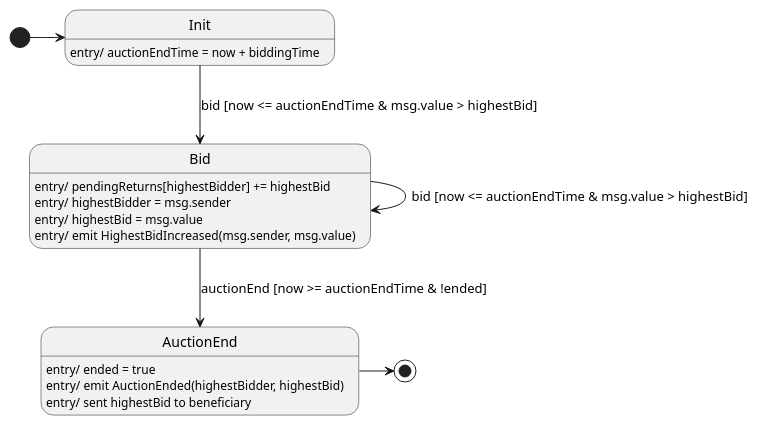
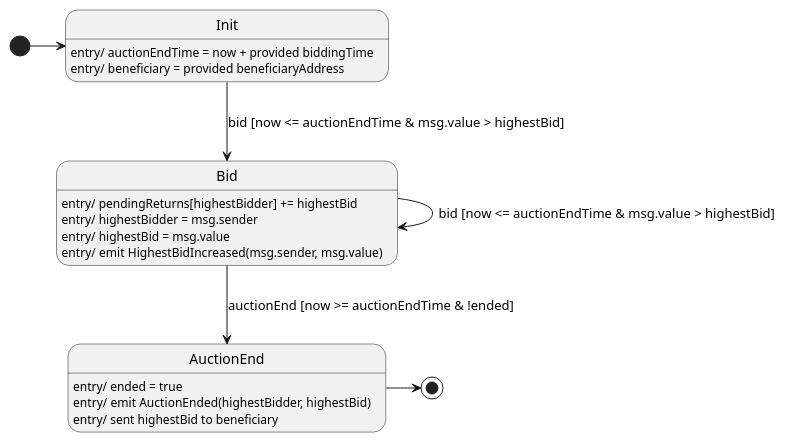
One commit to aski-73/solidity_lemma_code_generator changed the diagram in src/main/resources/plantuml/simple_open_auction/auction_alternative.plantuml. Above: the diagram before and after it, drawn with PlantUML. The commit also changed 63 other files, not shown here.

```diff
--- a/src/main/resources/plantuml/simple_open_auction/auction_alternative.plantuml
+++ b/src/main/resources/plantuml/simple_open_auction/auction_alternative.plantuml
@@ -1,20 +1,21 @@
 @startuml SimpleOpenAuction
 skinparam Monochrome true
 skinparam Shadowing false
 hide empty description
 
 [*] -> Init
-Init: entry/ auctionEndTime = now + biddingTime
+Init: entry/ auctionEndTime = now + provided biddingTime
+Init: entry/ beneficiary = provided beneficiaryAddress
 Init --> Bid: bid [now <= auctionEndTime & msg.value > highestBid]
 Bid -> Bid: bid [now <= auctionEndTime & msg.value > highestBid]
 Bid: entry/ pendingReturns[highestBidder] += highestBid
 Bid: entry/ highestBidder = msg.sender
 Bid: entry/ highestBid = msg.value
 Bid: entry/ emit HighestBidIncreased(msg.sender, msg.value)
 Bid --> AuctionEnd: auctionEnd [now >= auctionEndTime & !ended]
 AuctionEnd: entry/ ended = true
 AuctionEnd: entry/ emit AuctionEnded(highestBidder, highestBid)
 AuctionEnd: entry/ sent highestBid to beneficiary
 AuctionEnd -> [*]
 
 @enduml
```
